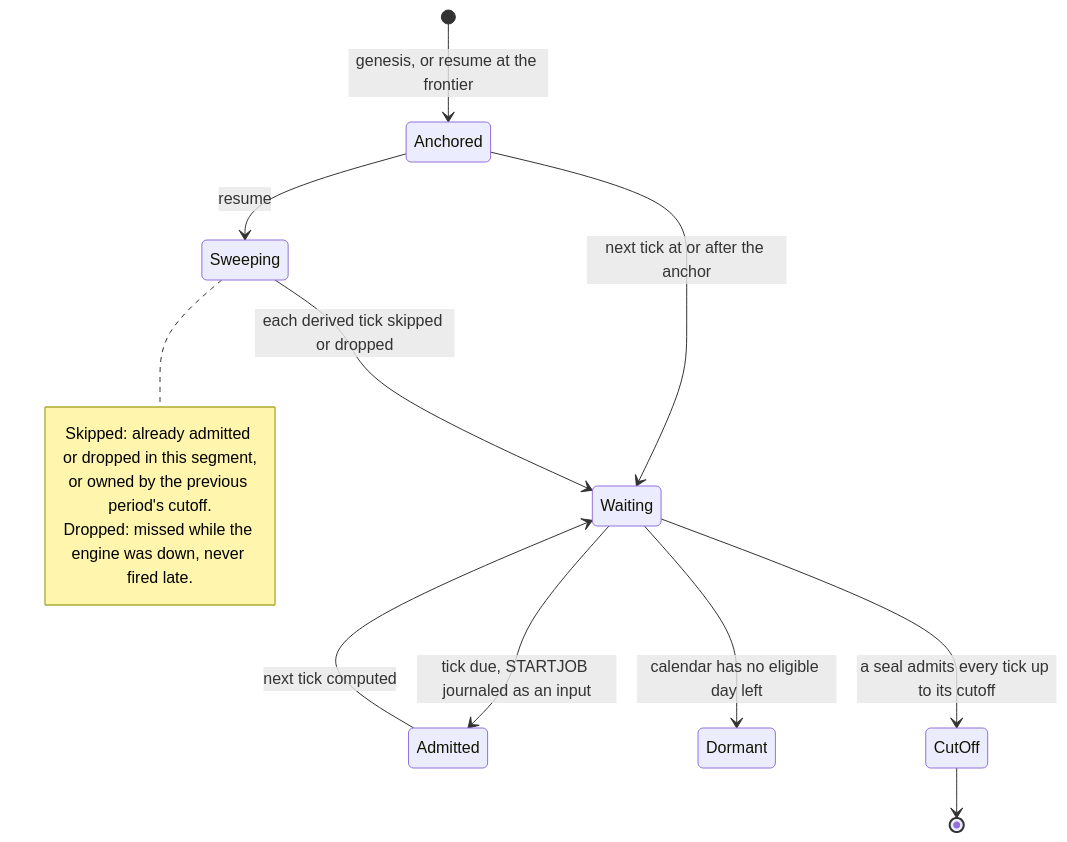
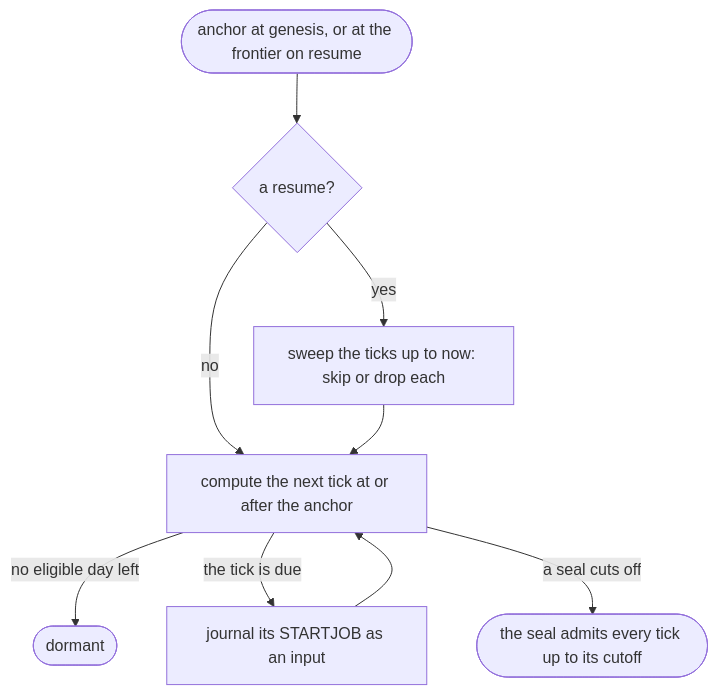
The diagram in docs/blocks/scheduler.md (mrbald/dsl41), drawn with Mermaid before and after one commit. The commit also changed other lines of this file and 19 other files, not shown here.

Commit message:
DL-302: block cards link the generated state machines; a state diagram appears only where a declared machine backs it

````diff
--- a/docs/blocks/scheduler.md
+++ b/docs/blocks/scheduler.md
@@ -33,17 +34,11 @@
 ```mermaid
-stateDiagram-v2
-    [*] --> Anchored: genesis, or resume at the frontier
-    Anchored --> Waiting: next tick at or after the anchor
-    Anchored --> Sweeping: resume
-    Sweeping --> Waiting: each derived tick skipped or dropped
-    Waiting --> Admitted: tick due, STARTJOB journaled as an input
-    Admitted --> Waiting: next tick computed
-    Waiting --> Dormant: calendar has no eligible day left
-    Waiting --> CutOff: a seal admits every tick up to its cutoff
-    CutOff --> [*]
-    note right of Sweeping
-        Skipped: already admitted or dropped in this segment,
-        or owned by the previous period's cutoff.
-        Dropped: missed while the engine was down, never fired late.
-    end note
+flowchart TD
+    anchor(["anchor at genesis, or at the frontier on resume"]) --> resumed{"a resume?"}
+    resumed -->|"yes"| sweep["sweep the ticks up to now: skip or drop each"]
+    resumed -->|"no"| next
+    sweep --> next["compute the next tick at or after the anchor"]
+    next -->|"no eligible day left"| dormant(["dormant"])
+    next -->|"the tick is due"| admit["journal its STARTJOB as an input"]
+    admit --> next
+    next -->|"a seal cuts off"| cutoff(["the seal admits every tick up to its cutoff"])
 ```
````
